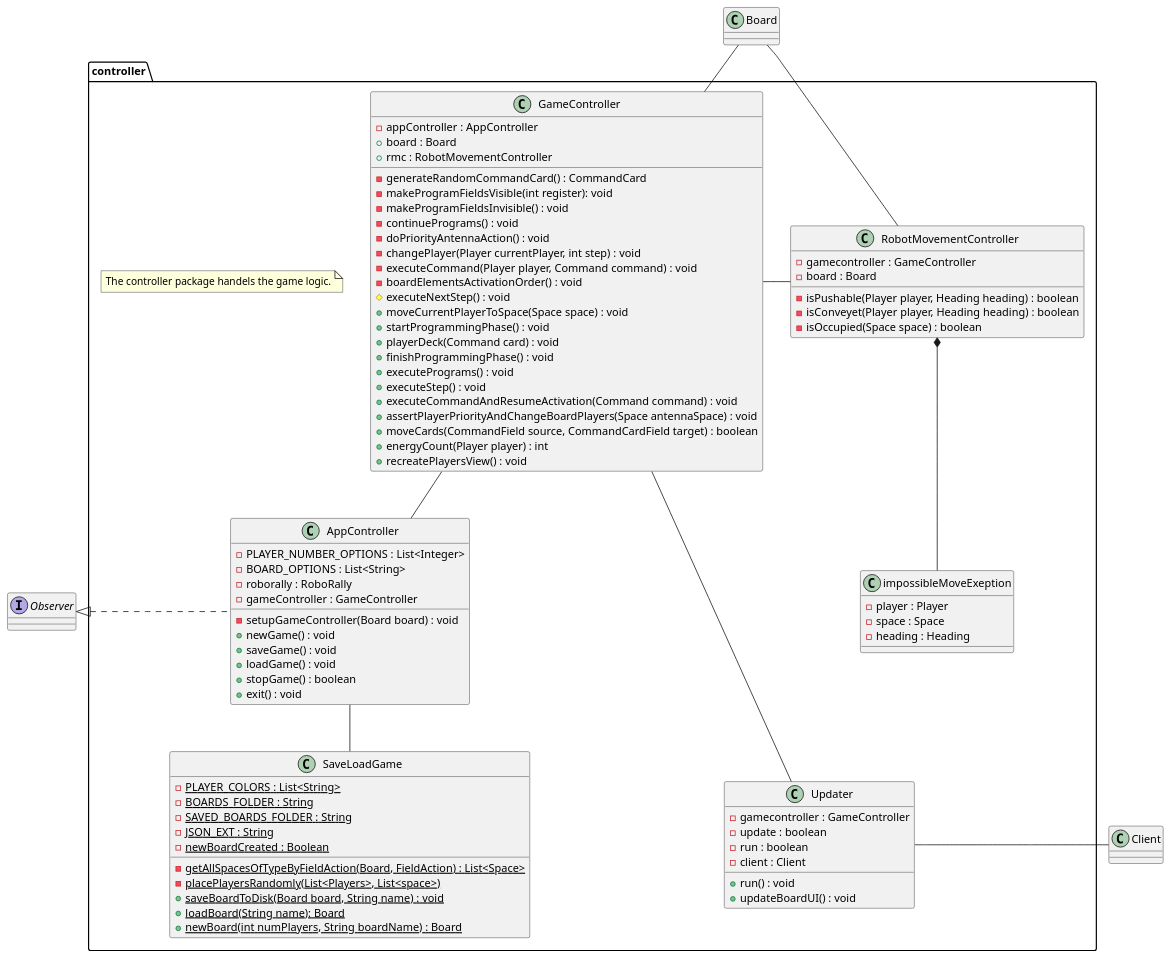
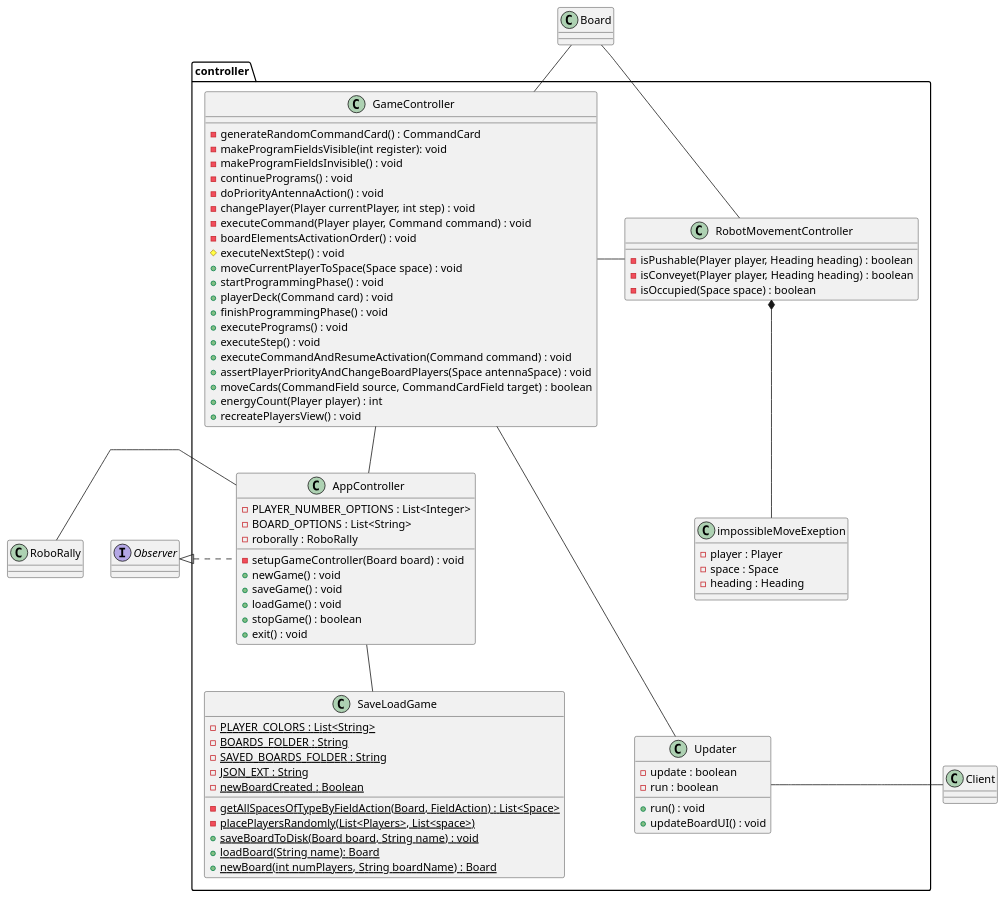
The diagram in diagrams/DesignClassDiagramPackageController.puml (MikaelFangel/RoboRally), drawn with PlantUML before and after one commit. The commit also changed 1 other file, not shown here.

Commit message:
Updates to class diagrams

```diff
--- a/diagrams/DesignClassDiagramPackageController.puml
+++ b/diagrams/DesignClassDiagramPackageController.puml
@@ -1,94 +1,84 @@
 @startuml
 package controller{
 skinparam groupInheritance 2
 skinparam linetype polyline
    class AppController{
       -PLAYER_NUMBER_OPTIONS : List<Integer>
       -BOARD_OPTIONS : List<String>
       -roborally : RoboRally
-      -gameController : GameController
 
       -setupGameController(Board board) : void
       +newGame() : void
       +saveGame() : void
       +loadGame() : void
       +stopGame() : boolean
       +exit() : void
    }
    class GameController{
-      -appController : AppController
-      +board : Board
-      +rmc : RobotMovementController
-
       -generateRandomCommandCard() : CommandCard
       -makeProgramFieldsVisible(int register): void
       -makeProgramFieldsInvisible() : void
       -continuePrograms() : void
       -doPriorityAntennaAction() : void
       -changePlayer(Player currentPlayer, int step) : void
       -executeCommand(Player player, Command command) : void
       -boardElementsActivationOrder() : void
       #executeNextStep() : void
       +moveCurrentPlayerToSpace(Space space) : void
       +startProgrammingPhase() : void
       +playerDeck(Command card) : void
       +finishProgrammingPhase() : void
       +executePrograms() : void
       +executeStep() : void
       +executeCommandAndResumeActivation(Command command) : void
       +assertPlayerPriorityAndChangeBoardPlayers(Space antennaSpace) : void
       +moveCards(CommandField source, CommandCardField target) : boolean
       +energyCount(Player player) : int
       +recreatePlayersView() : void
    }
    class RobotMovementController{
-      -gamecontroller : GameController
-      -board : Board
-
       -isPushable(Player player, Heading heading) : boolean
       -isConveyet(Player player, Heading heading) : boolean
       -isOccupied(Space space) : boolean
 
    }
    class impossibleMoveExeption{
       -player : Player
       -space : Space
       -heading : Heading
    }
    class SaveLoadGame{
       {Static} -PLAYER_COLORS : List<String>
       {Static} -BOARDS_FOLDER : String
       {Static} -SAVED_BOARDS_FOLDER : String
       {Static} -JSON_EXT : String
       {Static} -newBoardCreated : Boolean
 
       {static} -getAllSpacesOfTypeByFieldAction(Board, FieldAction) : List<Space>
       {Static} -placePlayersRandomly(List<Players>, List<space>)
       {Static} +saveBoardToDisk(Board board, String name) : void
       {Static} +loadBoard(String name): Board
       {Static} +newBoard(int numPlayers, String boardName) : Board
    }
    class Updater{
-      -gamecontroller : GameController
       -update : boolean
       -run : boolean
-      -client : Client
 
      +run() : void
      +updateBoardUI() : void
    }
-   note "The controller package handels the game logic." as note1
 }
 
 interface Observer{
 }
 AppController -- SaveLoadGame
 Observer <|.r. AppController
+AppController -l- RoboRally
 GameController -- AppController
 GameController -d-- Updater
 GameController -r- RobotMovementController
 Board -d- GameController
 Board -d- RobotMovementController
 RobotMovementController *-d- impossibleMoveExeption
 Updater - Client
 @enduml
```
